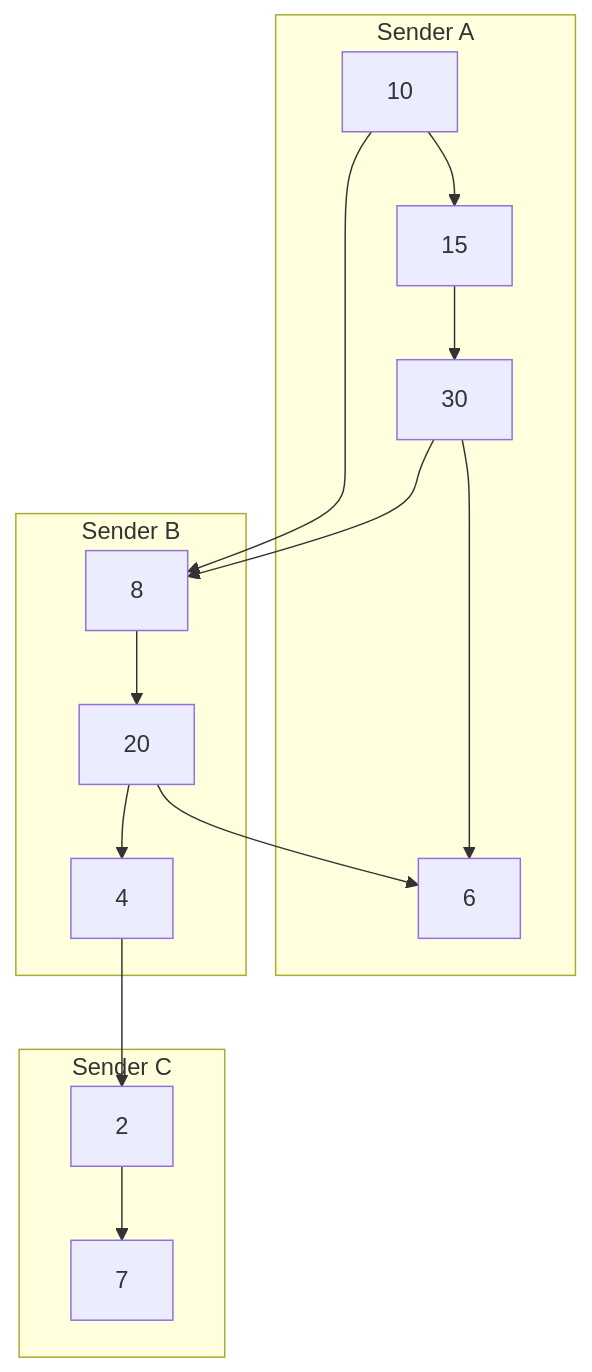
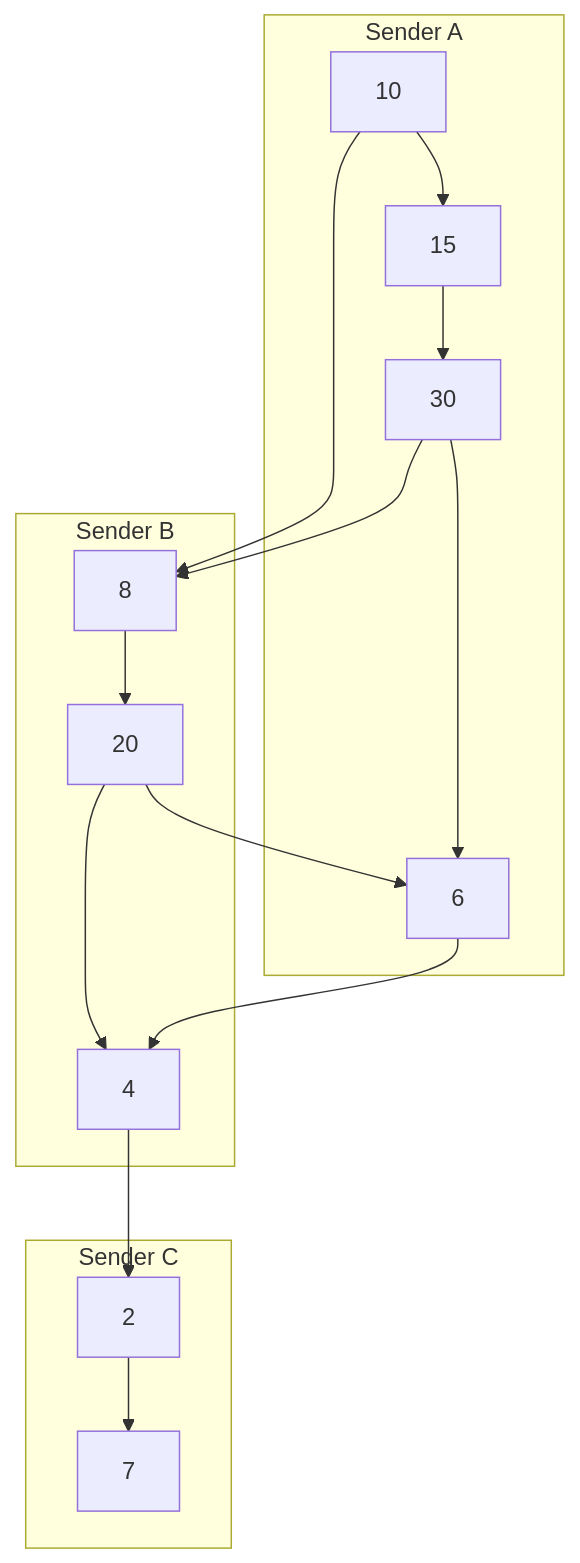
One commit to cosmos/cosmos-sdk changed the fourth of 4 diagrams in types/mempool/priority_nonce_spec.md. Above: the diagram before and after it, drawn with Mermaid.

````diff
--- a/types/mempool/priority_nonce_spec.md
+++ b/types/mempool/priority_nonce_spec.md
@@ -121,21 +121,22 @@
 ```mermaid
 graph TD
     subgraph Sender A
     10-->15
     15-->30
     30-->6
     end
     subgraph Sender B
     8
     8-->20
     10-->8
     30-->8
     20-->4
-        20-->6
+    20-->6
 
     end
     subgraph Sender C
     2-->7
     4-->2
+    6-->4
     end
 ```
````
